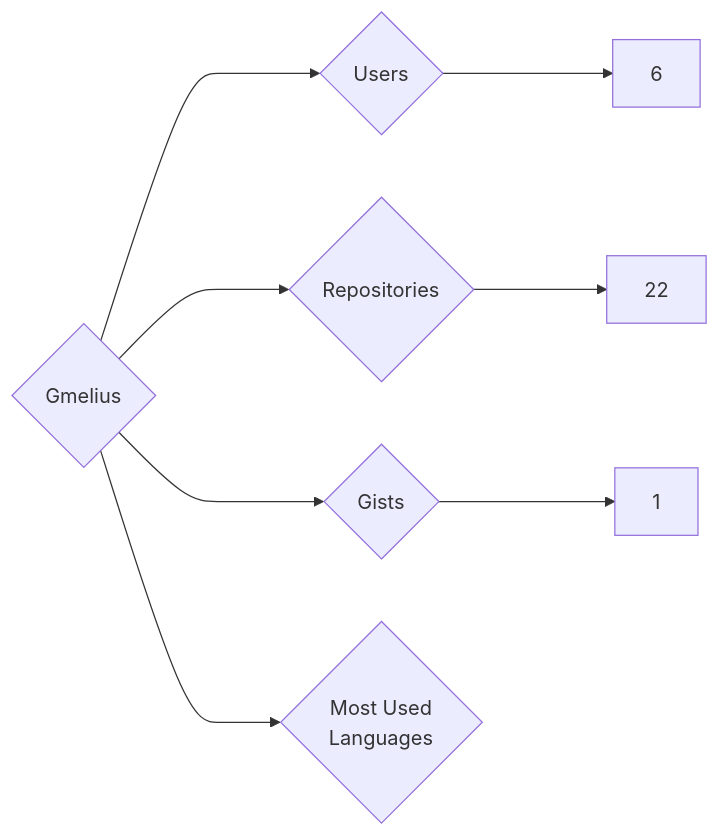
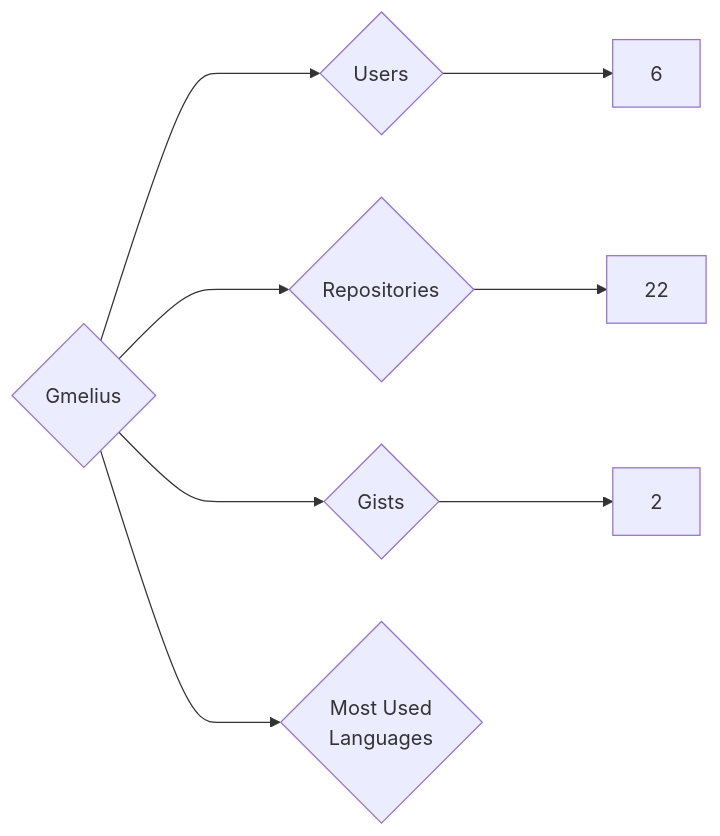
Before and after one commit to nenadzaric/insiders: the diagram in targets/Gmelius/README.md, drawn with Mermaid. The commit also changed 1342 other files, not shown here.

````diff
--- a/targets/Gmelius/README.md
+++ b/targets/Gmelius/README.md
@@ -3,8 +3,8 @@
 ```mermaid
 graph LR
 COMPANY_NAME{Gmelius}
 COMPANY_NAME ---> U{Users} ---> UN[6]
 COMPANY_NAME ---> R{Repositories} ---> RN[22]
-COMPANY_NAME ---> G{Gists} ---> GN[1]
+COMPANY_NAME ---> G{Gists} ---> GN[2]
 COMPANY_NAME ---> ML{Most Used<br>Languages}
 ```
````
